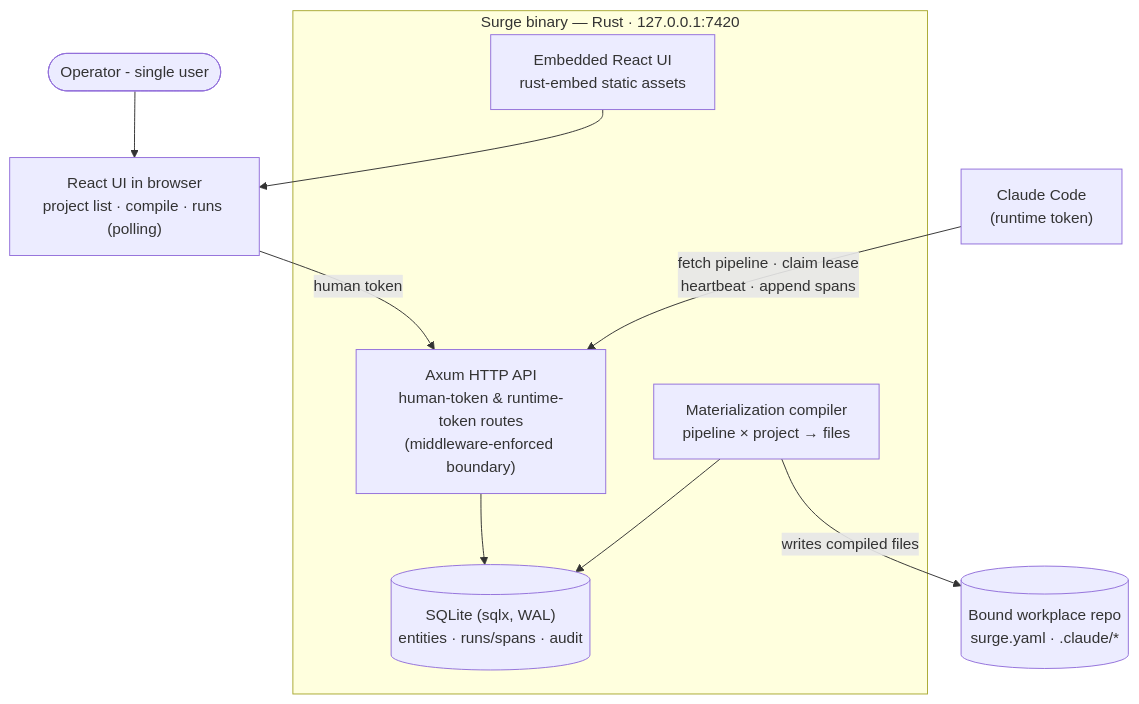
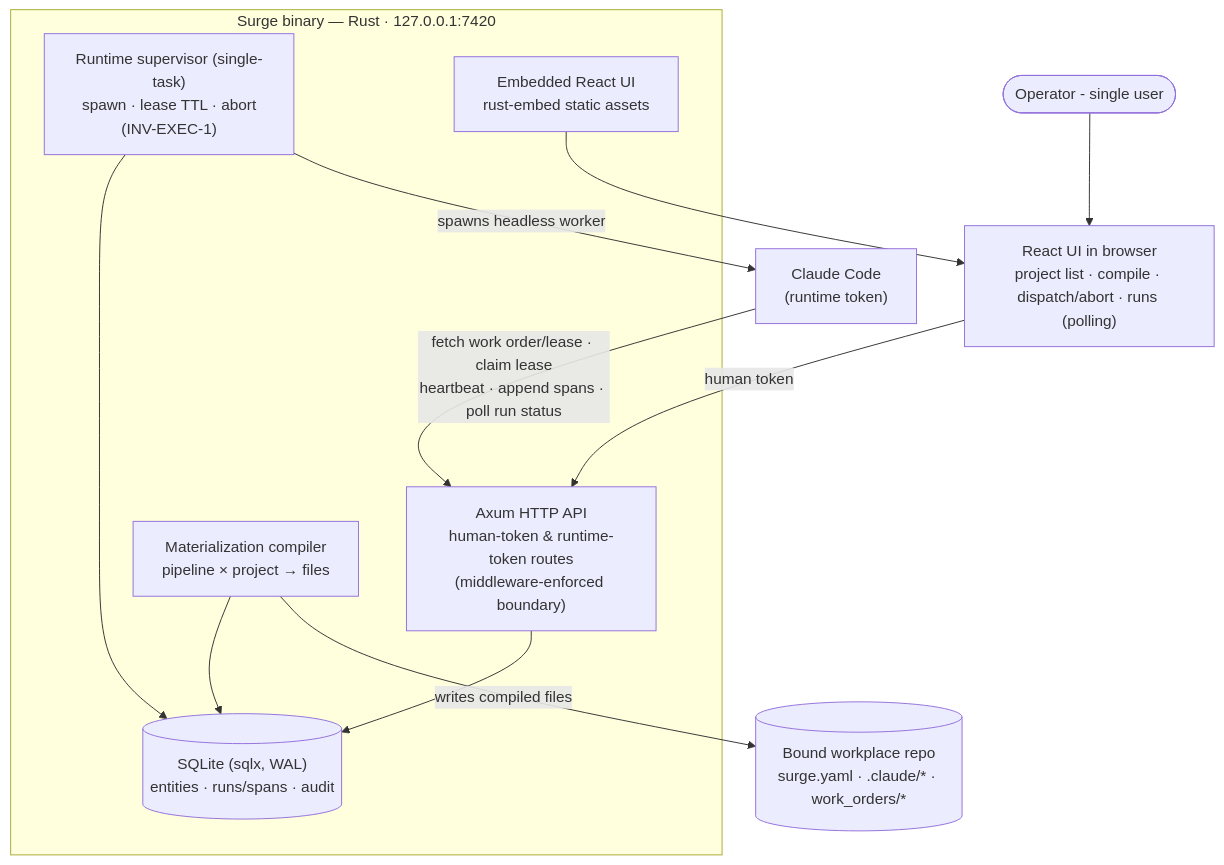
The diagram in docs/phases/phase-0/phase.md (traitbound/surge), drawn with Mermaid before and after one commit. The commit also changed other lines of this file and 8 other files, not shown here.

First line of the commit message:
Concept audit fixes: actuator, repo read path, closed-list amendments, hash identity

````diff
--- a/docs/phases/phase-0/phase.md
+++ b/docs/phases/phase-0/phase.md
@@ -48,23 +51,26 @@
 ```mermaid
 graph TB
     operator([Operator - single user])
 
     subgraph binary["Surge binary — Rust · 127.0.0.1:7420"]
         api["Axum HTTP API<br/>human-token & runtime-token routes<br/>(middleware-enforced boundary)"]
         db[("SQLite (sqlx, WAL)<br/>entities · runs/spans · audit")]
         compiler["Materialization compiler<br/>pipeline × project → files"]
+        supervisor["Runtime supervisor (single-task)<br/>spawn · lease TTL · abort<br/>(INV-EXEC-1)"]
         ui_assets["Embedded React UI<br/>rust-embed static assets"]
     end
 
-    browser["React UI in browser<br/>project list · compile · runs (polling)"]
+    browser["React UI in browser<br/>project list · compile · dispatch/abort · runs (polling)"]
     runtime["Claude Code<br/>(runtime token)"]
-    repo[("Bound workplace repo<br/>surge.yaml · .claude/*")]
+    repo[("Bound workplace repo<br/>surge.yaml · .claude/* · work_orders/*")]
 
     operator --> browser
     browser -->|"human token"| api
     ui_assets --> browser
-    runtime -->|"fetch pipeline · claim lease<br/>heartbeat · append spans"| api
+    supervisor --> db
+    supervisor -->|"spawns headless worker"| runtime
+    runtime -->|"fetch work order/lease · claim lease<br/>heartbeat · append spans · poll run status"| api
     api --> db
     compiler --> db
     compiler -->|"writes compiled files"| repo
 ```
````
